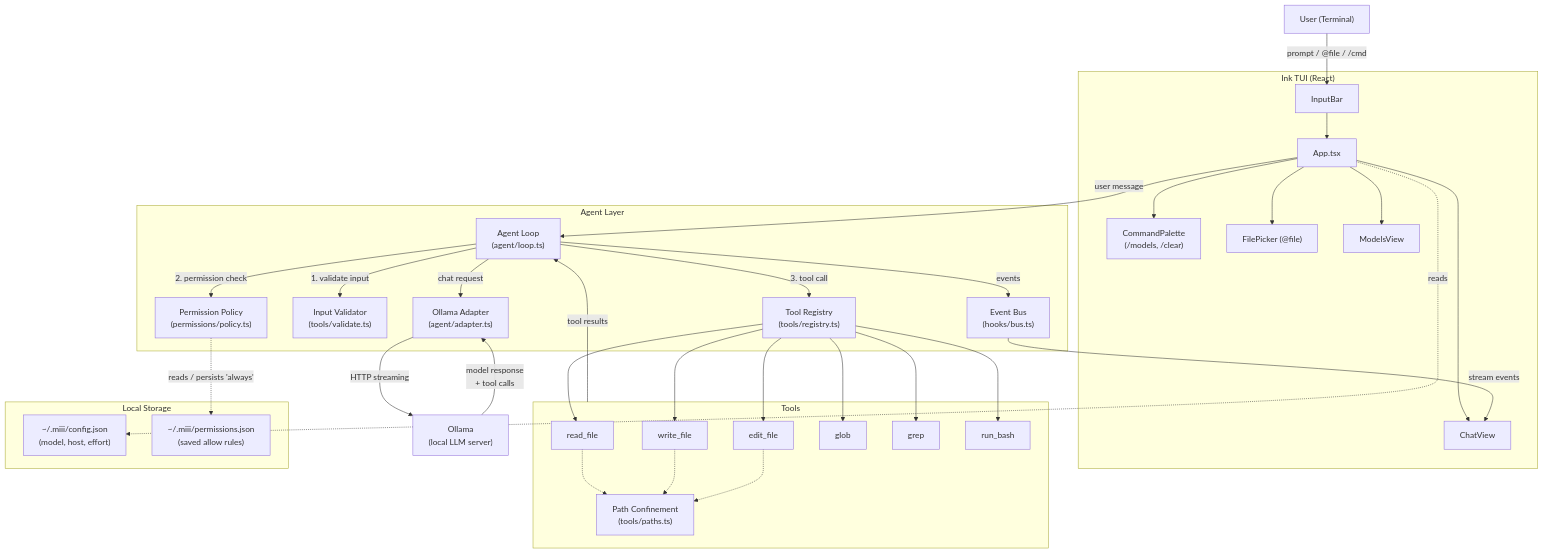
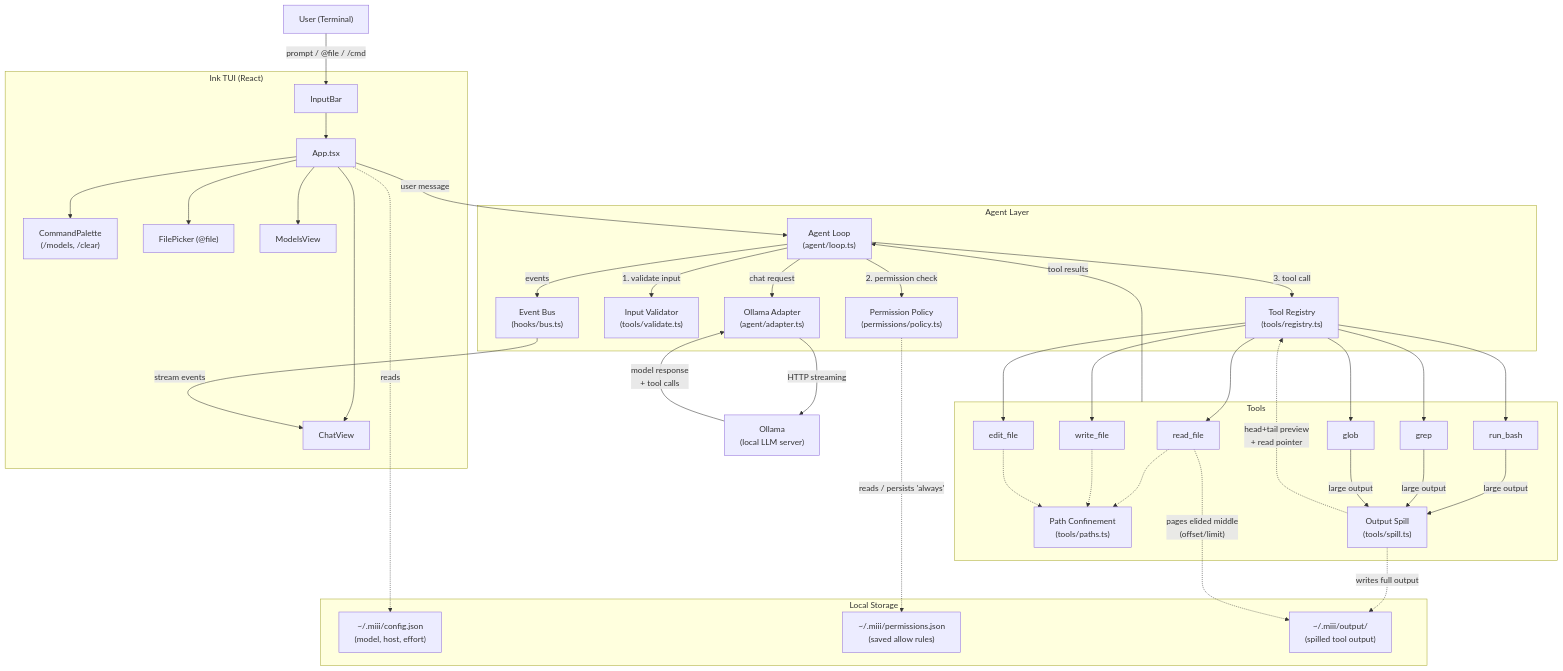
Before and after one commit to geomorillo/miii-cli: the diagram in README.md, drawn with Mermaid. The commit also changed other lines of this file and 5 other files, not shown here.

````diff
--- a/README.md
+++ b/README.md
@@ -166,48 +185,55 @@
 ```mermaid
 graph TD
     User["User (Terminal)"] -->|"prompt / @file / /cmd"| InputBar
 
     subgraph TUI ["Ink TUI (React)"]
         InputBar["InputBar"] --> App["App.tsx"]
         App --> ChatView["ChatView"]
         App --> CommandPalette["CommandPalette\n(/models, /clear)"]
         App --> FilePicker["FilePicker (@file)"]
         App --> ModelsView["ModelsView"]
     end
 
     App -->|"user message"| AgentLoop["Agent Loop\n(agent/loop.ts)"]
 
     subgraph Agent ["Agent Layer"]
         AgentLoop -->|"chat request"| Adapter["Ollama Adapter\n(agent/adapter.ts)"]
         AgentLoop -->|"1. validate input"| Validate["Input Validator\n(tools/validate.ts)"]
         AgentLoop -->|"2. permission check"| Policy["Permission Policy\n(permissions/policy.ts)"]
         AgentLoop -->|"3. tool call"| ToolRegistry["Tool Registry\n(tools/registry.ts)"]
         AgentLoop -->|"events"| EventBus["Event Bus\n(hooks/bus.ts)"]
     end
 
     subgraph Tools ["Tools"]
         ToolRegistry --> ReadFile["read_file"]
         ToolRegistry --> WriteFile["write_file"]
         ToolRegistry --> EditFile["edit_file"]
         ToolRegistry --> Glob["glob"]
         ToolRegistry --> Grep["grep"]
         ToolRegistry --> RunBash["run_bash"]
         ReadFile -.-> Confine["Path Confinement\n(tools/paths.ts)"]
         WriteFile -.-> Confine
         EditFile -.-> Confine
+        RunBash -->|"large output"| SpillMod["Output Spill\n(tools/spill.ts)"]
+        Grep -->|"large output"| SpillMod
+        Glob -->|"large output"| SpillMod
+        SpillMod -.->|"head+tail preview\n+ read pointer"| ToolRegistry
     end
 
     Adapter -->|"HTTP streaming"| Ollama["Ollama\n(local LLM server)"]
     Ollama -->|"model response\n+ tool calls"| Adapter
 
     Tools -->|"tool results"| AgentLoop
     EventBus -->|"stream events"| ChatView
 
     subgraph Storage ["Local Storage"]
         Config["~/.miii/config.json\n(model, host, effort)"]
         Rules["~/.miii/permissions.json\n(saved allow rules)"]
+        Spill["~/.miii/output/\n(spilled tool output)"]
     end
 
     App -.->|"reads"| Config
     Policy -.->|"reads / persists 'always'"| Rules
+    SpillMod -.->|"writes full output"| Spill
+    ReadFile -.->|"pages elided middle\n(offset/limit)"| Spill
 ```
````
